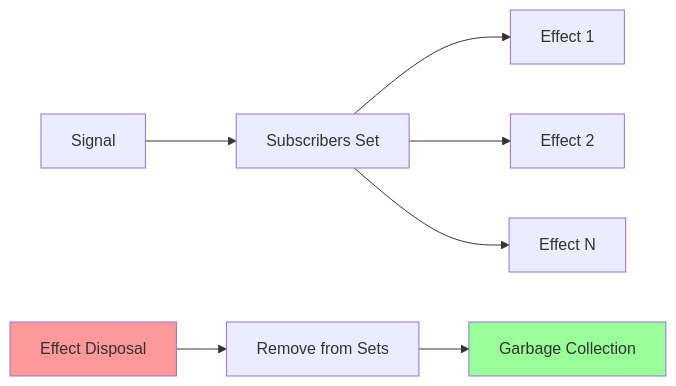
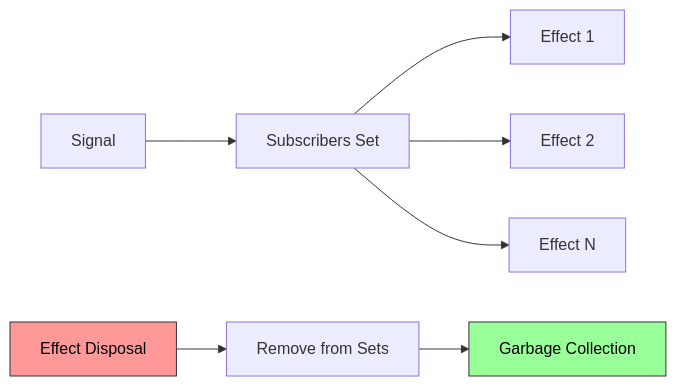
Diagram 12 of 18 in README.md (sujeet-pro/reactivity), drawn with Mermaid before and after one commit. The commit also changed other lines of this file and 4 other files, not shown here.

````diff
--- a/README.md
+++ b/README.md
@@ -541,13 +575,13 @@
 ```mermaid
 graph LR
     A[Signal] --> B[Subscribers Set]
     B --> C[Effect 1]
     B --> D[Effect 2]
     B --> E[Effect N]
     
     F[Effect Disposal] --> G[Remove from Sets]
     G --> H[Garbage Collection]
     
-    style F fill:#ff9999
-    style H fill:#99ff99
+    style F fill:#ff9999,stroke:#333,color:#000
+    style H fill:#99ff99,stroke:#333,color:#000
 ```
````
